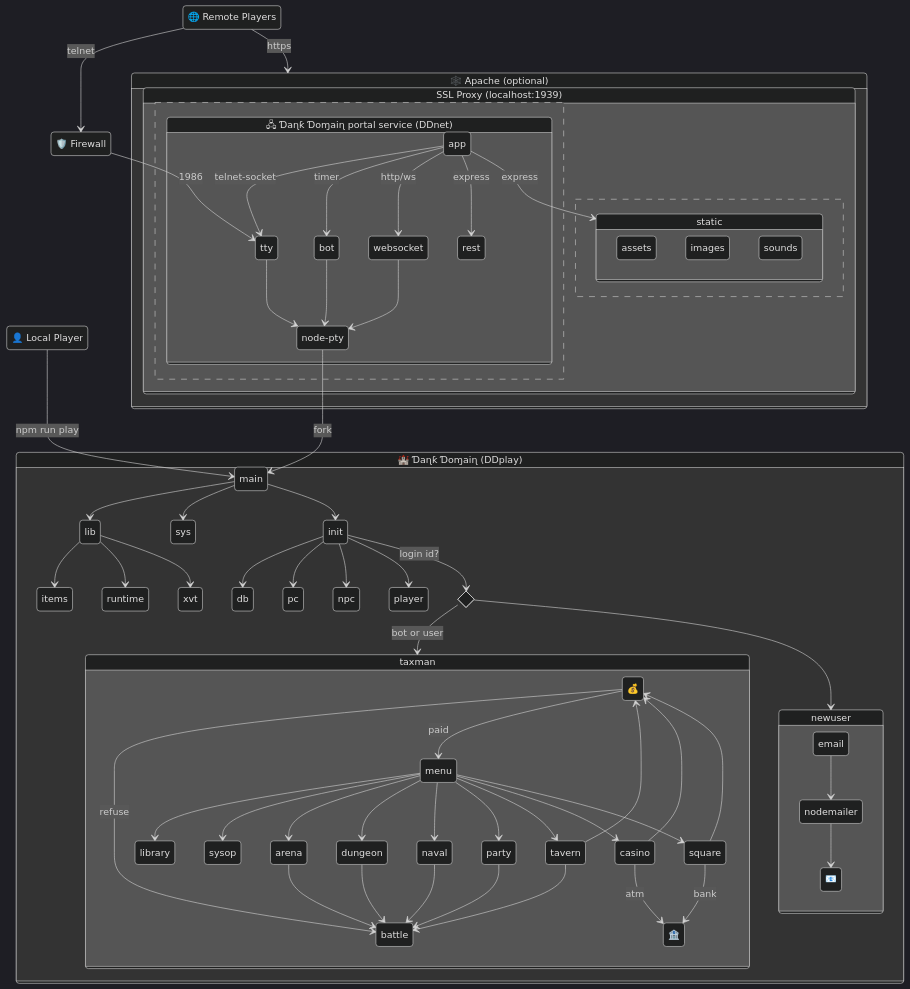
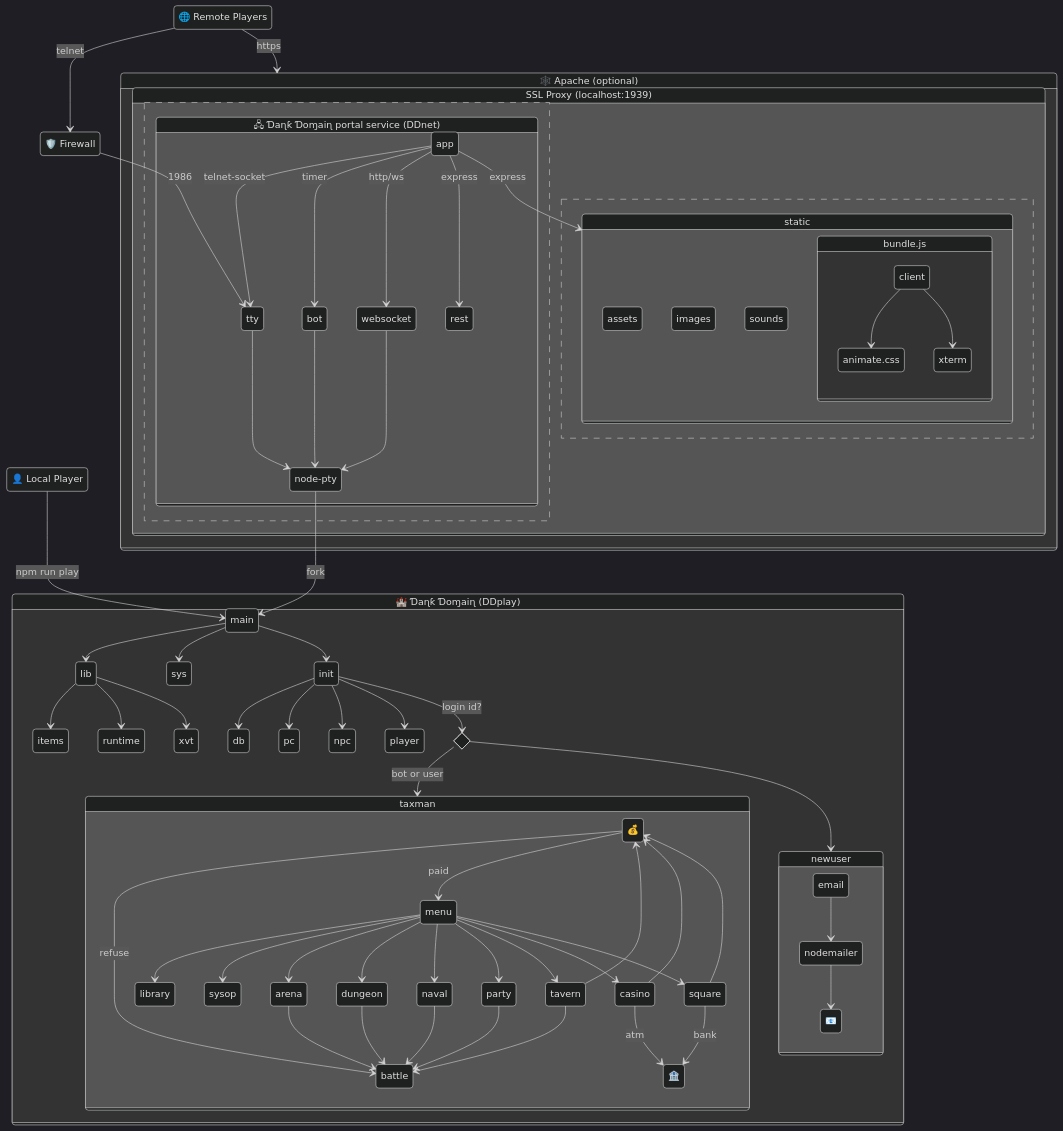
One commit to theflyingape/dankdomain changed the diagram in README.md. Above: the diagram before and after it, drawn with Mermaid. The commit also changed 1 other file, not shown here.

```diff
--- a/README.md
+++ b/README.md
@@ -71,6 +71,10 @@
         assets
         images
         sounds
+        state bundle.js {
+          client --> animate.css
+          client --> xterm
+        }
       }
     }
   }
```
